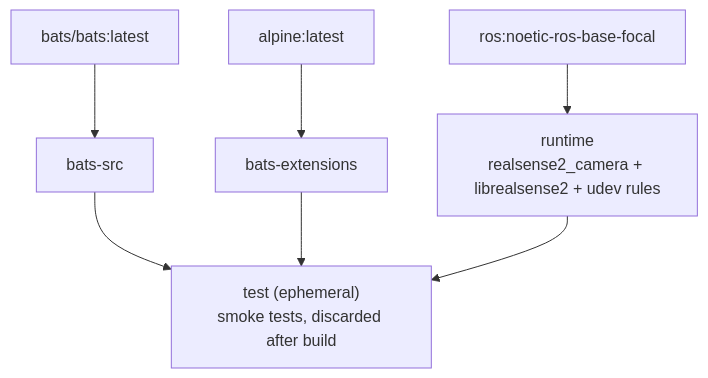
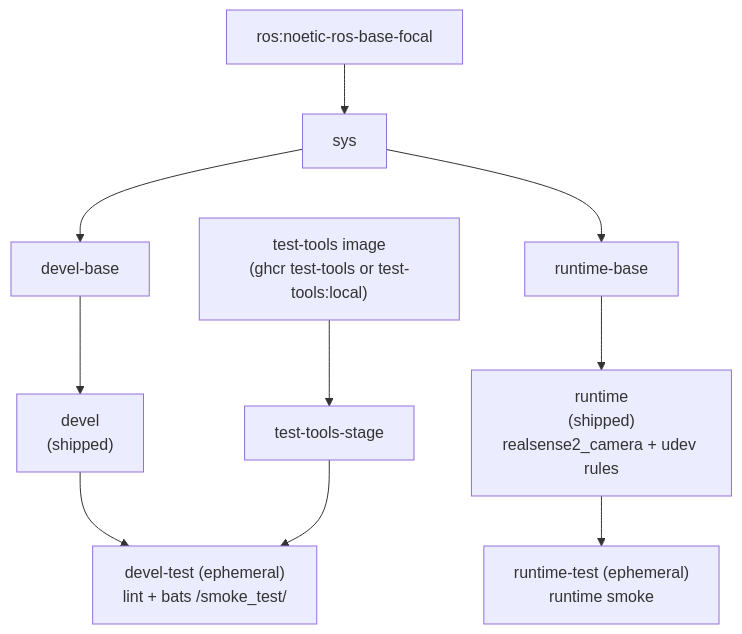
Before and after one commit to ycpss91255-docker/realsense_ros1: the diagram in README.md, drawn with Mermaid. The commit also changed other lines of this file and 7 other files, not shown here.

First line of the commit message:
docs: ROS1 README re-sync + RGB-D demo-ization + CALIBRATION/CAMERA (epic #71) (#75)

````diff
--- a/README.md
+++ b/README.md
@@ -101,16 +263,19 @@
 ```mermaid
 graph TD
-    EXT1["bats/bats:latest"]
-    EXT2["alpine:latest"]
-    EXT3["ros:noetic-ros-base-focal"]
+    EXT1["test-tools image\n(ghcr test-tools or test-tools:local)"]
+    EXT2["ros:noetic-ros-base-focal"]
 
-    EXT1 --> bats-src["bats-src"]
-    EXT2 --> bats-ext["bats-extensions"]
+    EXT1 --> ttstage["test-tools-stage"]
 
-    EXT3 --> runtime["runtime\nrealsense2_camera + librealsense2 + udev rules"]
+    EXT2 --> sys["sys"]
 
-    bats-src --> test["test (ephemeral)\nsmoke tests, discarded after build"]
-    bats-ext --> test
-    runtime --> test
+    sys --> develbase["devel-base"]
+    develbase --> devel["devel\n(shipped)"]
+    devel --> develtest["devel-test (ephemeral)\nlint + bats /smoke_test/"]
 
+    sys --> runtimebase["runtime-base"]
+    runtimebase --> runtime["runtime\n(shipped)\nrealsense2_camera + udev rules"]
+    runtime --> runtimetest["runtime-test (ephemeral)\nruntime smoke"]
+
+    ttstage --> develtest
 ```
````
